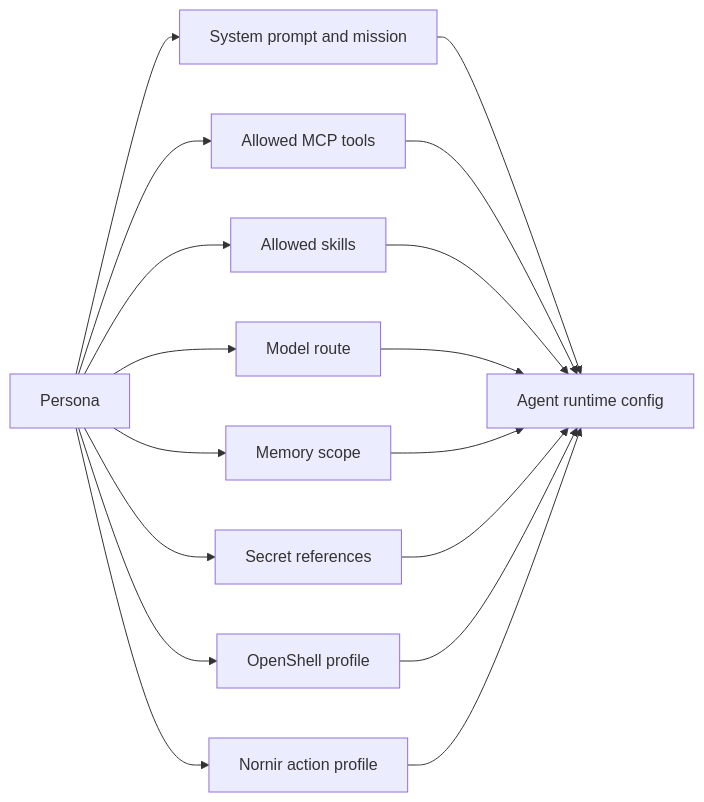
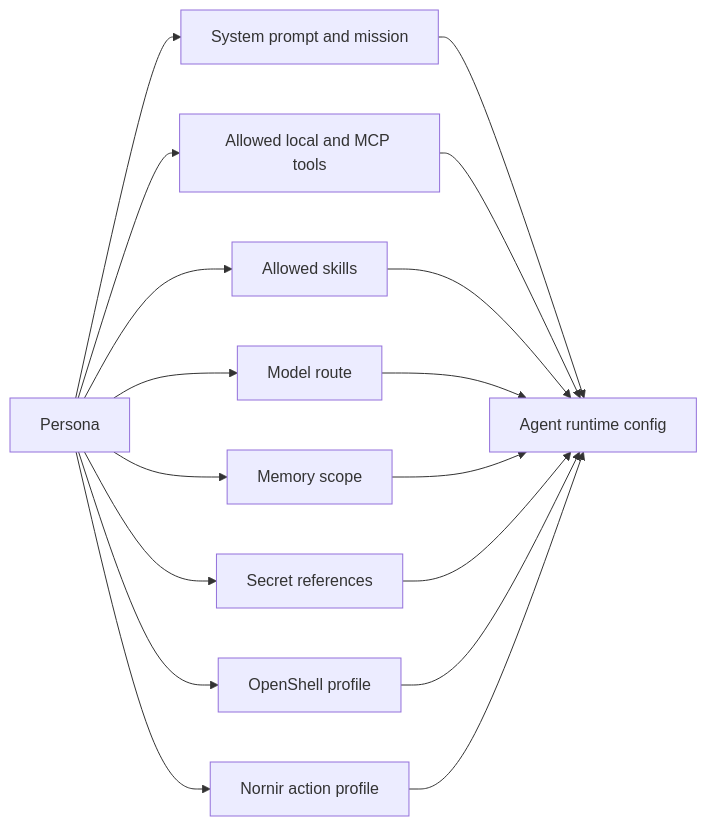
Before and after one commit to ColtMercer/the-agentic-network-platform: the seventh of 7 diagrams in docs/architecture/openshell-nornir-agent-runtime.md, drawn with Mermaid. The commit also changed other lines of this file, not shown here.

````diff
--- a/docs/architecture/openshell-nornir-agent-runtime.md
+++ b/docs/architecture/openshell-nornir-agent-runtime.md
@@ -451,30 +553,30 @@
 ```mermaid
 flowchart LR
     persona["Persona"]
     prompt["System prompt and mission"]
-    tools["Allowed MCP tools"]
+    tools["Allowed local and MCP tools"]
     skills["Allowed skills"]
     model["Model route"]
     memory["Memory scope"]
     secrets["Secret references"]
     runtime["OpenShell profile"]
     nornir["Nornir action profile"]
     agent["Agent runtime config"]
 
     persona --> prompt
     persona --> tools
     persona --> skills
     persona --> model
     persona --> memory
     persona --> secrets
     persona --> runtime
     persona --> nornir
     prompt --> agent
     tools --> agent
     skills --> agent
     model --> agent
     memory --> agent
     secrets --> agent
     runtime --> agent
     nornir --> agent
 ```
````
